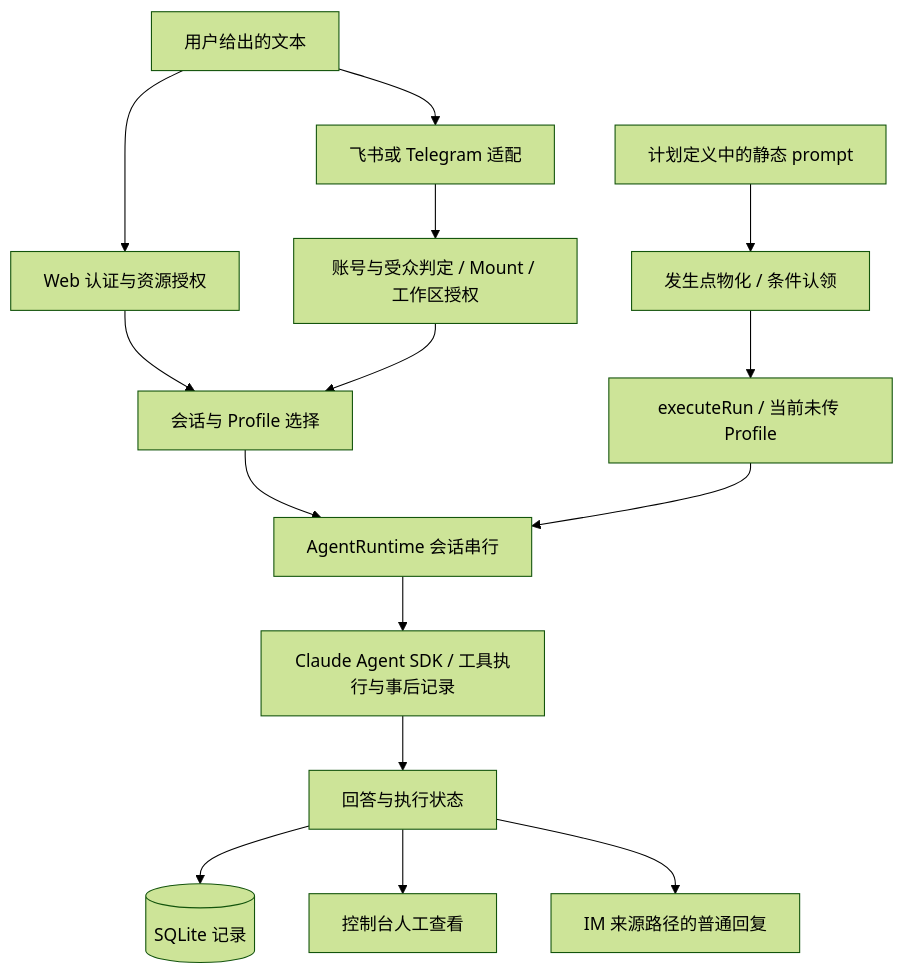
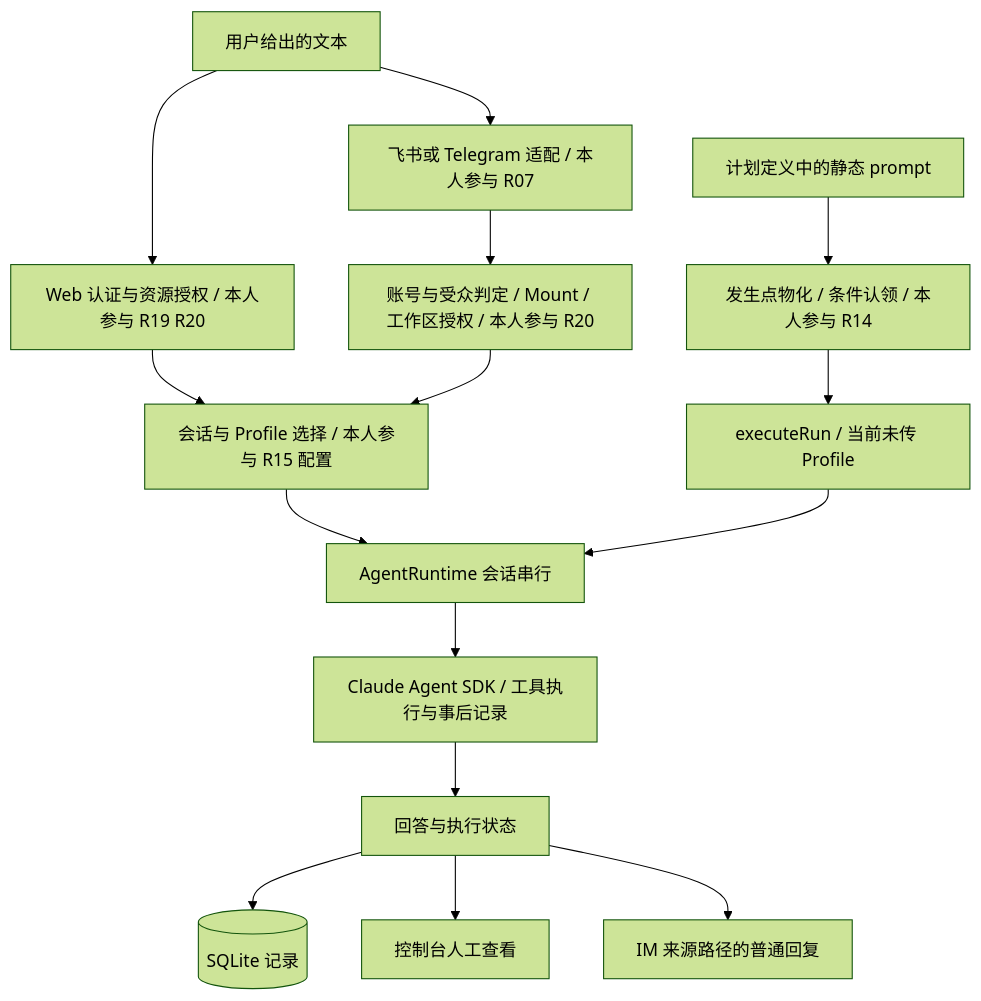
Before and after one commit to Bluuok/mini: the diagram in HappyClaw-故事.md, drawn with Mermaid (forest theme). The commit also changed other lines of this file and 30 other files, not shown here.

````diff
--- a/HappyClaw-故事.md
+++ b/HappyClaw-故事.md
@@ -21,17 +21,17 @@
 ```mermaid
 flowchart TD
-  U[用户给出的文本] --> WEB[Web 认证与资源授权]
-  U --> IM[飞书或 Telegram 适配]
-  IM --> GATE[账号与受众判定 / Mount / 工作区授权]
-  WEB --> SESSION[会话与 Profile 选择]
+  U[用户给出的文本] --> WEB[Web 认证与资源授权 / 本人参与 R19 R20]
+  U --> IM[飞书或 Telegram 适配 / 本人参与 R07]
+  IM --> GATE[账号与受众判定 / Mount / 工作区授权 / 本人参与 R20]
+  WEB --> SESSION[会话与 Profile 选择 / 本人参与 R15 配置]
   GATE --> SESSION
   SESSION --> R[AgentRuntime 会话串行]
-  STATIC[计划定义中的静态 prompt] --> OCC[发生点物化 / 条件认领]
+  STATIC[计划定义中的静态 prompt] --> OCC[发生点物化 / 条件认领 / 本人参与 R14]
   OCC --> SCHED[executeRun / 当前未传 Profile]
   SCHED --> R
   R --> SDK[Claude Agent SDK / 工具执行与事后记录]
   SDK --> OUT[回答与执行状态]
   OUT --> DB[(SQLite 记录)]
   OUT --> CONSOLE[控制台人工查看]
   OUT --> REPLY[IM 来源路径的普通回复]
 ```
````
